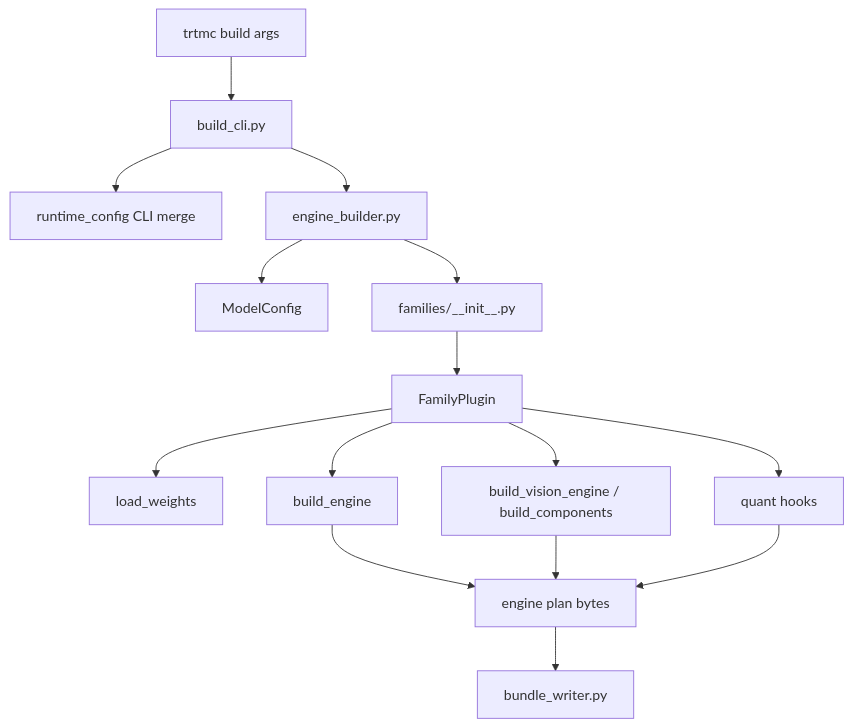
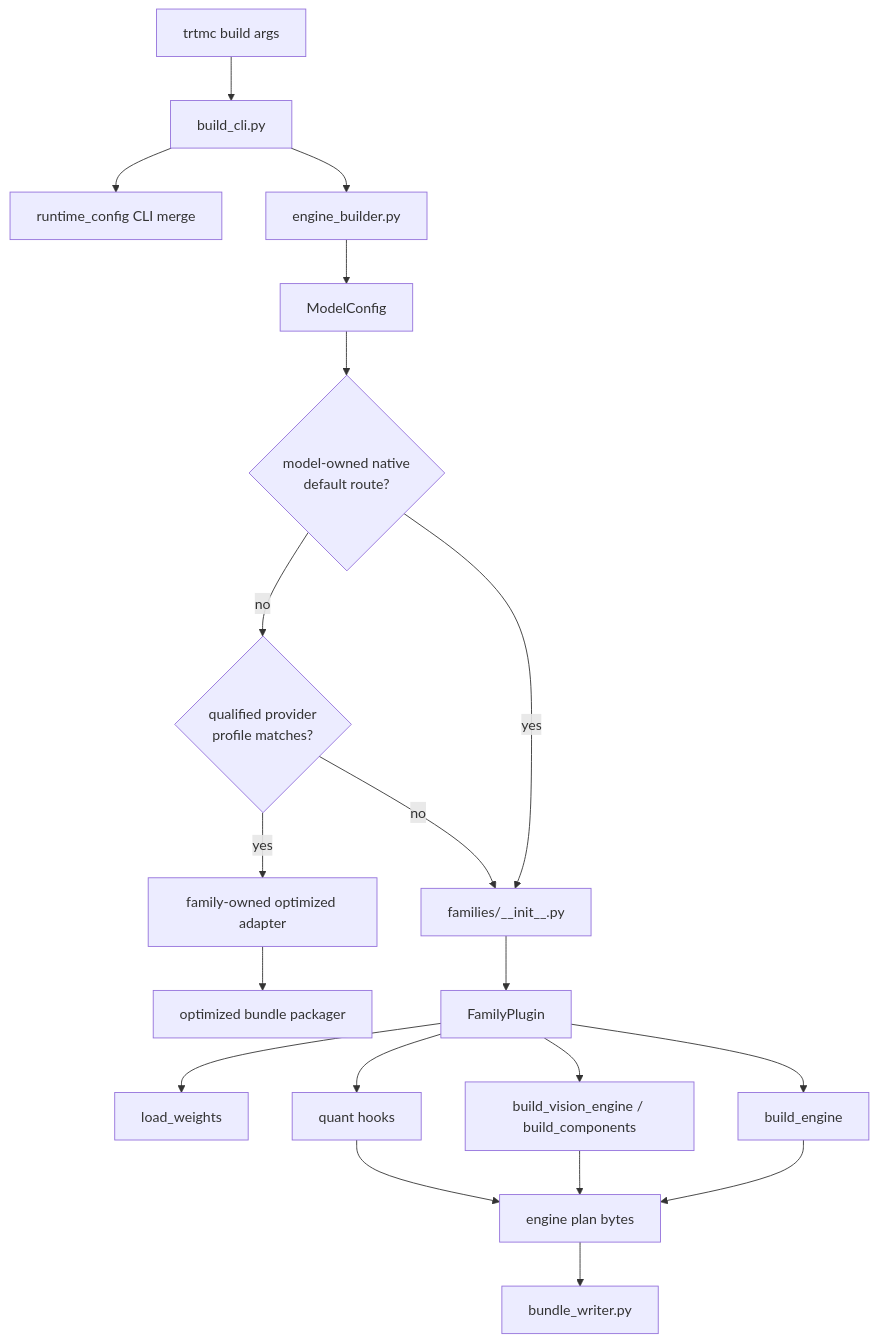
Before and after one commit to AbishekCoder1/TensorRT-Model-Connect: the first of 3 diagrams in website/docs/unit-design/python-builder.md, drawn with Mermaid. The commit also changed other lines of this file and 83 other files, not shown here.

````diff
--- a/website/docs/unit-design/python-builder.md
+++ b/website/docs/unit-design/python-builder.md
@@ -7,17 +11,22 @@
 ```mermaid
 flowchart TD
   Args["trtmc build args"] --> CLI["build_cli.py"]
   CLI --> ConfigLayer["runtime_config CLI merge"]
   CLI --> EngineBuilder["engine_builder.py"]
   EngineBuilder --> ModelConfig["ModelConfig"]
-  EngineBuilder --> FamilyLookup["families/__init__.py"]
+  ModelConfig --> NativeDefault{"model-owned native<br/>default route?"}
+  NativeDefault -->|yes| FamilyLookup["families/__init__.py"]
+  NativeDefault -->|no| Provider{"qualified provider<br/>profile matches?"}
+  Provider -->|yes| Adapter["family-owned optimized adapter"]
+  Adapter --> OptimizedBundle["optimized bundle packager"]
+  Provider -->|no| FamilyLookup
   FamilyLookup --> Family["FamilyPlugin"]
   Family --> Weights["load_weights"]
   Family --> BuildMain["build_engine"]
   Family --> BuildOptional["build_vision_engine / build_components"]
   Family --> QuantHooks["quant hooks"]
   BuildMain --> Plans["engine plan bytes"]
   BuildOptional --> Plans
   QuantHooks --> Plans
   Plans --> Bundle["bundle_writer.py"]
 ```
````
